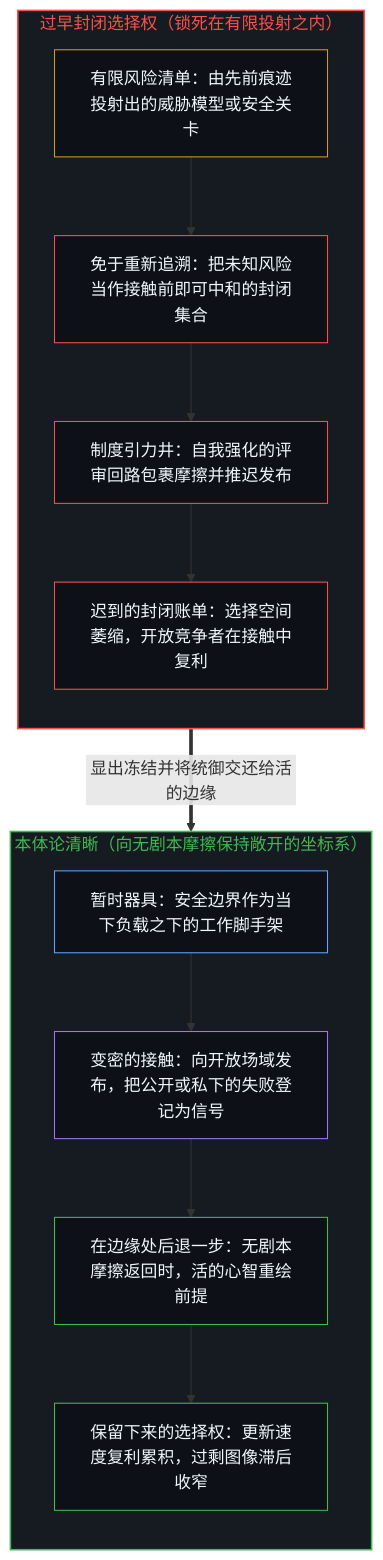
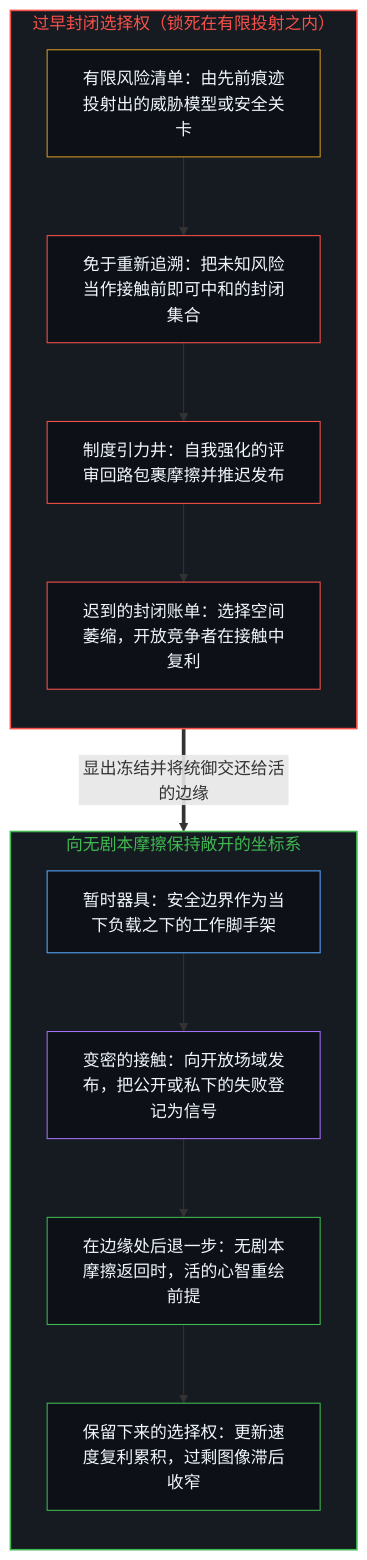
One commit to powerpig99/not-a-toe changed the first of 2 diagrams in content/posts/the-price-of-closing-optionality.md. Above: the diagram before and after it, drawn with Mermaid. The commit also changed other lines of this file and 1 other file, not shown here.

Commit message:
Sleep L2 (the-reversal-of-verification): the-price-of-closing-optionality
Diagram: the open subgraph no longer names the house method (EN/ZH
labels keep only the description).

````diff
--- a/content/posts/the-price-of-closing-optionality.md
+++ b/content/posts/the-price-of-closing-optionality.md
@@ -17,33 +17,30 @@
 ```mermaid
 flowchart TD
     subgraph S_Closed["过早封闭选择权（锁死在有限投射之内）"]
         direction TB
         C_Proj["有限风险清单：由先前痕迹投射出的威胁模型或安全关卡"]
         C_Seal["免于重新追溯：把未知风险当作接触前即可中和的封闭集合"]
         C_Well["制度引力井：自我强化的评审回路包裹摩擦并推迟发布"]
         C_Bill["迟到的封闭账单：选择空间萎缩，开放竞争者在接触中复利"]
         C_Proj --> C_Seal --> C_Well --> C_Bill
     end
-
-    subgraph S_Open["本体论清晰（向无剧本摩擦保持敞开的坐标系）"]
+    subgraph S_Open["向无剧本摩擦保持敞开的坐标系"]
         direction TB
         O_Inst["暂时器具：安全边界作为当下负载之下的工作脚手架"]
         O_Ship["变密的接触：向开放场域发布，把公开或私下的失败登记为信号"]
         O_Step["在边缘处后退一步：无剧本摩擦返回时，活的心智重绘前提"]
         O_Opt["保留下来的选择权：更新速度复利累积，过剩图像滞后收窄"]
         O_Inst --> O_Ship --> O_Step --> O_Opt
     end
-
     C_Bill ==>|"显出冻结并将统御交还给活的边缘"| O_Inst
-
     style S_Closed fill:#161b22,stroke:#f85149,stroke-width:1.5px,color:#f85149
     style S_Open fill:#161b22,stroke:#3fb950,stroke-width:1.5px,color:#3fb950
     style C_Proj fill:#0d1117,stroke:#d29922,stroke-width:1px,color:#f0f6fc
     style C_Seal fill:#0d1117,stroke:#f85149,stroke-width:1px,color:#f0f6fc
     style C_Well fill:#0d1117,stroke:#f85149,stroke-width:1px,color:#f0f6fc
     style C_Bill fill:#0d1117,stroke:#f85149,stroke-width:1px,color:#f0f6fc
     style O_Inst fill:#0d1117,stroke:#58a6ff,stroke-width:1px,color:#f0f6fc
     style O_Ship fill:#0d1117,stroke:#a371f7,stroke-width:1px,color:#f0f6fc
     style O_Step fill:#0d1117,stroke:#3fb950,stroke-width:1px,color:#f0f6fc
     style O_Opt fill:#0d1117,stroke:#3fb950,stroke-width:1px,color:#f0f6fc
 ```
````
